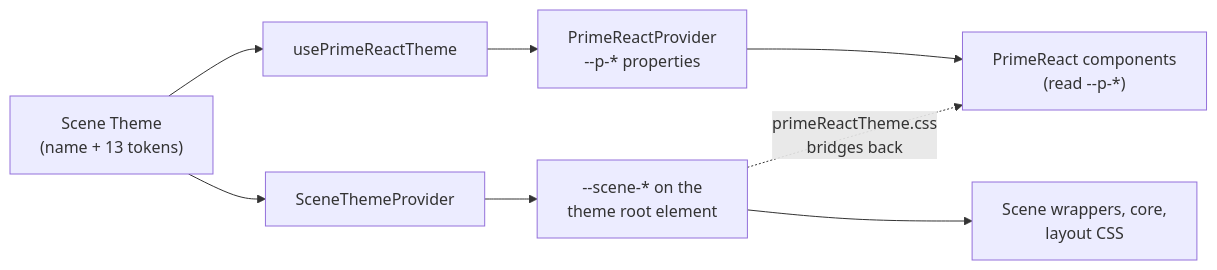
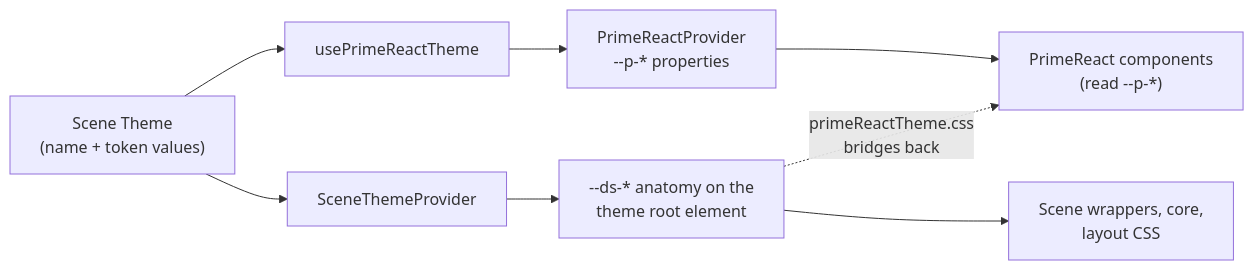
The diagram in Documentation/primereact-package/index.md (Cratis/Scene), drawn with Mermaid before and after one commit. The commit also changed other lines of this file and 21 other files, not shown here.

````diff
--- a/Documentation/primereact-package/index.md
+++ b/Documentation/primereact-package/index.md
@@ -120,14 +120,14 @@
 ```mermaid
 flowchart LR
-    Theme["Scene Theme<br/>(name + 13 tokens)"]
+    Theme["Scene Theme<br/>(name + token values)"]
     Hook["usePrimeReactTheme"]
     Provider["SceneThemeProvider"]
     Preset["PrimeReactProvider<br/>--p-* properties"]
-    Tokens["--scene-* on the<br/>theme root element"]
+    Tokens["--ds-* anatomy on the<br/>theme root element"]
     Prime["PrimeReact components<br/>(read --p-*)"]
     Wrappers["Scene wrappers, core,<br/>layout CSS"]
 
     Theme --> Hook --> Preset --> Prime
     Theme --> Provider --> Tokens --> Wrappers
     Tokens -.->|primeReactTheme.css<br/>bridges back| Prime
 ```
````
